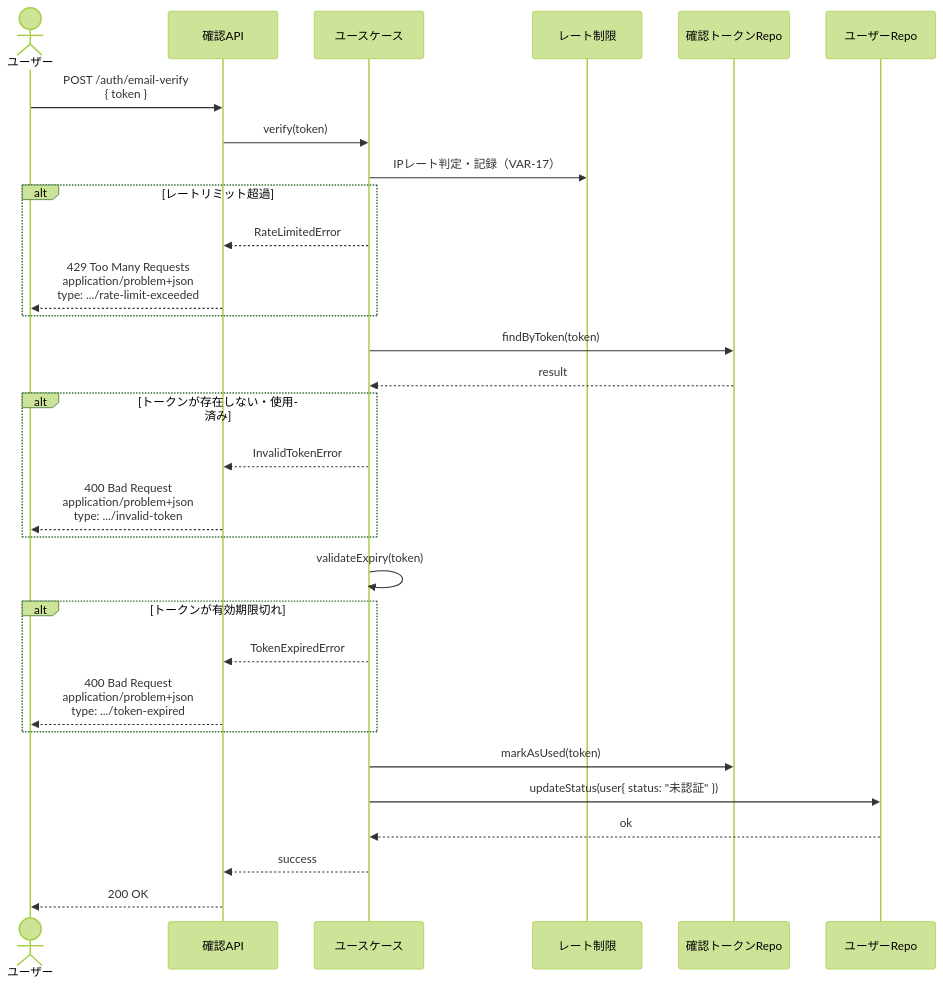
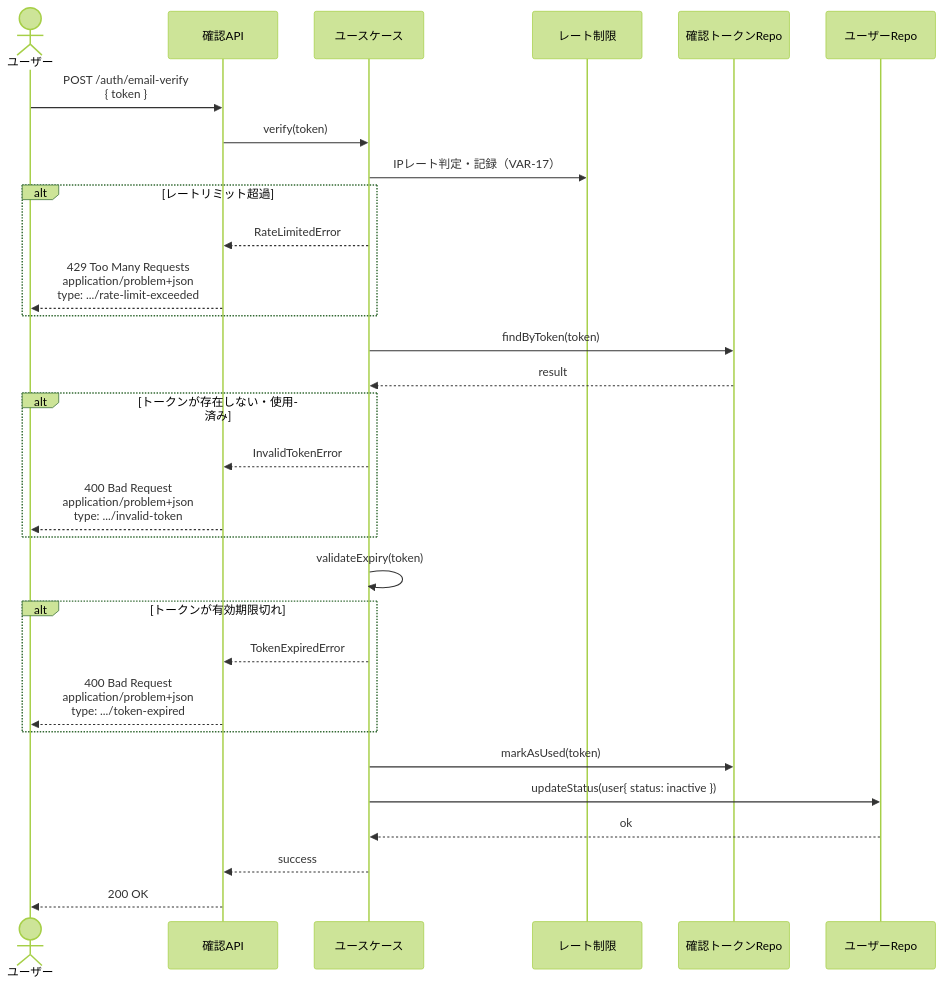
The second of 2 diagrams in .docs/design/buc/BUC-U02.md (suunet/POC_HYDRA_AUTH), drawn with Mermaid (forest theme) before and after one commit. The commit also changed other lines of this file and 2 other files, not shown here.

Commit message:
docs(T-011): cycle 2 - BUC群のstatus値をSTM-01英語IDへ是正（6行）

````diff
--- a/.docs/design/buc/BUC-U02.md
+++ b/.docs/design/buc/BUC-U02.md
@@ -96,32 +96,32 @@
 ```mermaid
 sequenceDiagram
   actor User as ユーザー
   participant VerifyAPI as 確認API
   participant UseCase as ユースケース
   participant RateLimiter as レート制限
   participant TokenRepo as 確認トークンRepo
   participant UserRepo as ユーザーRepo
   User->>VerifyAPI: POST /auth/email-verify<br/>{ token }
   VerifyAPI->>UseCase: verify(token)
   UseCase->>RateLimiter: IPレート判定・記録（VAR-17）
   alt レートリミット超過
   UseCase-->>VerifyAPI: RateLimitedError
   VerifyAPI-->>User: 429 Too Many Requests<br/>application/problem+json<br/>type: .../rate-limit-exceeded
   end
   UseCase->>TokenRepo: findByToken(token)
   TokenRepo-->>UseCase: result
   alt トークンが存在しない・使用済み
   UseCase-->>VerifyAPI: InvalidTokenError
   VerifyAPI-->>User: 400 Bad Request<br/>application/problem+json<br/>type: .../invalid-token
   end
   UseCase->>UseCase: validateExpiry(token)
   alt トークンが有効期限切れ
   UseCase-->>VerifyAPI: TokenExpiredError
   VerifyAPI-->>User: 400 Bad Request<br/>application/problem+json<br/>type: .../token-expired
   end
   UseCase->>TokenRepo: markAsUsed(token)
-  UseCase->>UserRepo: updateStatus(user{ status: "未認証" })
+  UseCase->>UserRepo: updateStatus(user{ status: inactive })
   UserRepo-->>UseCase: ok
   UseCase-->>VerifyAPI: success
   VerifyAPI-->>User: 200 OK
 ```
````
